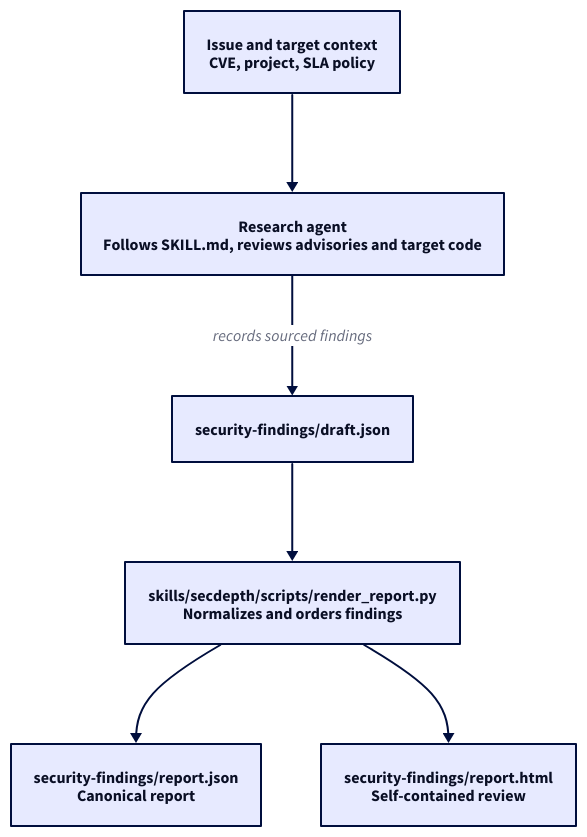
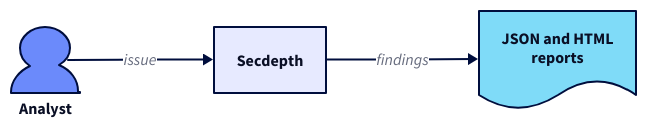
The diagram in docs/diagrams/secdepth-flow.d2 (kobaltoxid/secdepth), drawn with D2 before and after one commit. The commit also changed 3 other files, not shown here.

```diff
--- a/docs/diagrams/secdepth-flow.d2
+++ b/docs/diagrams/secdepth-flow.d2
@@ -1,22 +1,21 @@
-direction: down
+direction: right
 
 vars: {
   d2-config: {
     theme-id: 3
     dark-theme-id: 200
   }
 }
 
-issue: "Issue and target context\nCVE, project, SLA policy"
-agent: "Research agent\nFollows SKILL.md, reviews advisories and target code"
-draft: "security-findings/draft.json"
-renderer: "skills/secdepth/scripts/render_report.py\nNormalizes and orders findings"
+analyst: Analyst {
+  shape: person
+}
 
-report_json: "security-findings/report.json\nCanonical report"
-report_html: "security-findings/report.html\nSelf-contained review"
+secdepth: Secdepth
 
-issue -> agent
-agent -> draft: records sourced findings
-draft -> renderer
-renderer -> report_json
-renderer -> report_html
+reports: "JSON and HTML\nreports" {
+  shape: document
+}
+
+analyst -> secdepth: issue
+secdepth -> reports: findings
```
